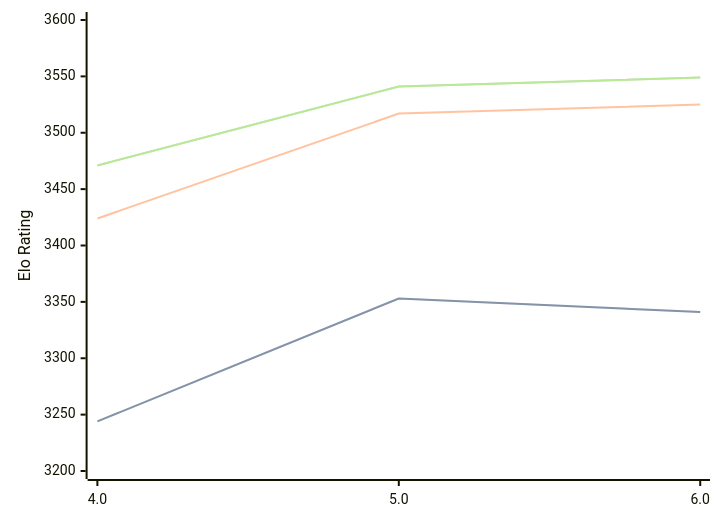
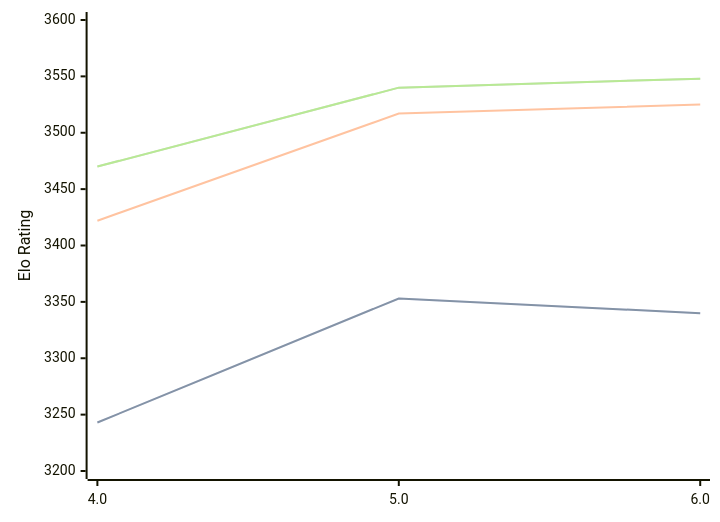
Before and after one commit to computer-chess-index/cci: the first of 3 diagrams in engines/Tarnished.md, drawn with Mermaid. The commit also changed other lines of this file, not shown here.

Commit message:
Update CCI Ratings (ELO VLTC) - 2026-07-15

````diff
--- a/engines/Tarnished.md
+++ b/engines/Tarnished.md
@@ -37,11 +37,11 @@
 ```mermaid
 %%{init: {"theme":"base","themeVariables":{"seriesColors:['#a3a3a3','#222221','#faa371']}}}%%
 xychart-beta
   x-axis ["4.0", "5.0", "6.0"]
   y-axis "Elo Rating" 3200 --> 3600
-  line "STC (8.0+0.08s)" [3244, 3353, 3341]
-  line "STC (8.0+0.08s)" [3244, 3353, 3341]
-  line "LTC (60.0+0.60s)" [3424, 3517, 3525]
-  line "VLTC (2m24s+1.12s)" [3471, 3541, 3549]
-  line "VLTC (2m24s+1.12s)" [3471, 3541, 3549]
+  line "STC (8.0+0.08s)" [3243, 3353, 3340]
+  line "STC (8.0+0.08s)" [3243, 3353, 3340]
+  line "LTC (60.0+0.60s)" [3422, 3517, 3525]
+  line "VLTC (2m24s+1.12s)" [3470, 3540, 3548]
+  line "VLTC (2m24s+1.12s)" [3470, 3540, 3548]
 ```
````
